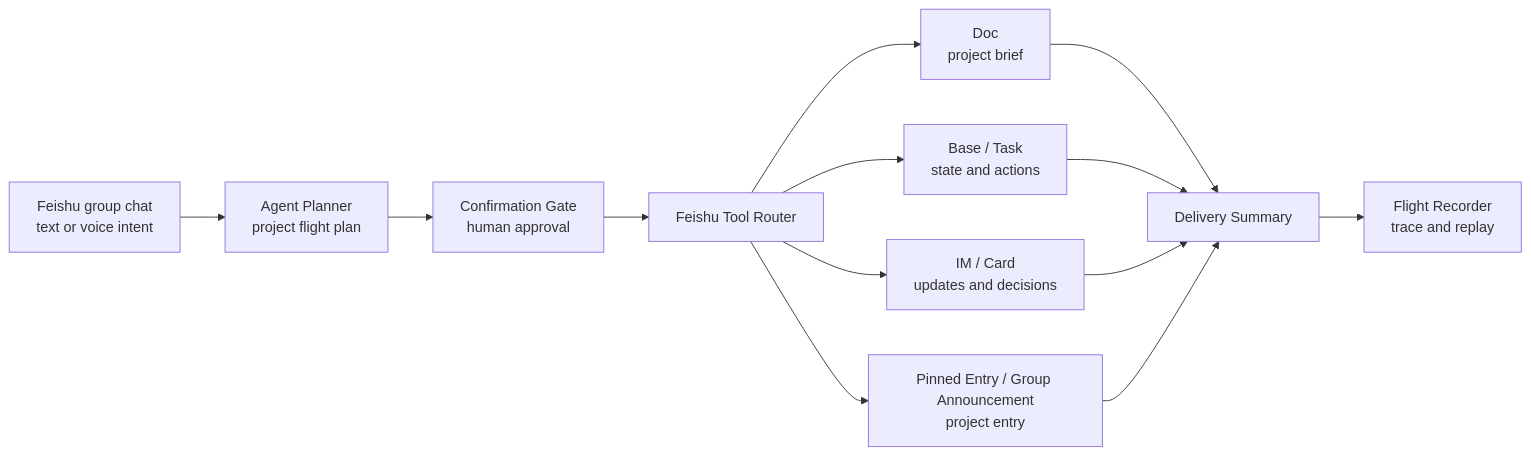
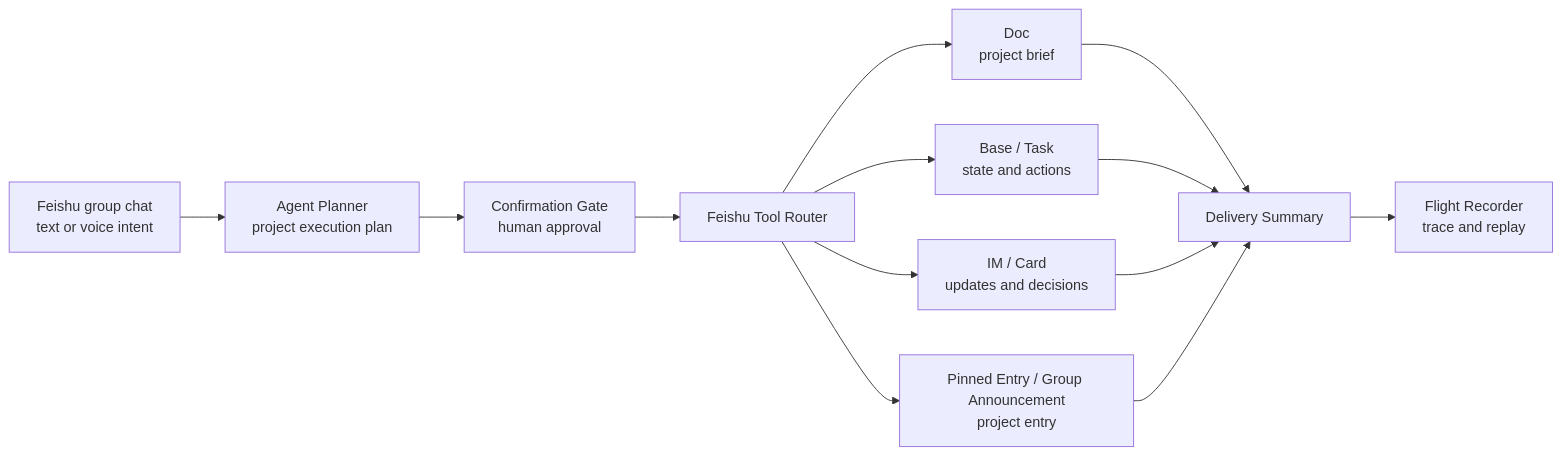
One commit to DeliciousBuding/pilot-flow changed the second of 4 diagrams in README.md. Above: the diagram before and after it, drawn with Mermaid. The commit also changed other lines of this file and 52 other files, not shown here.

````diff
--- a/README.md
+++ b/README.md
@@ -126,15 +126,15 @@
 ```mermaid
 flowchart LR
-    A["Feishu group chat<br/>text or voice intent"] --> B["Agent Planner<br/>project flight plan"]
+    A["Feishu group chat<br/>text or voice intent"] --> B["Agent Planner<br/>project execution plan"]
     B --> C["Confirmation Gate<br/>human approval"]
     C --> D["Feishu Tool Router"]
     D --> E["Doc<br/>project brief"]
     D --> F["Base / Task<br/>state and actions"]
     D --> G["IM / Card<br/>updates and decisions"]
     D --> H["Pinned Entry / Group Announcement<br/>project entry"]
     E --> I["Delivery Summary"]
     F --> I
     G --> I
     H --> I
     I --> J["Flight Recorder<br/>trace and replay"]
 ```
````
